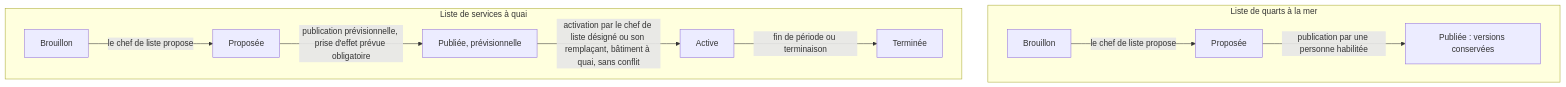
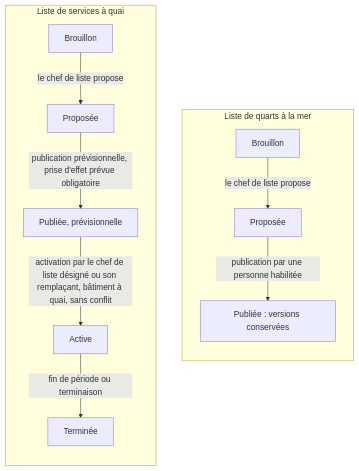
Before and after one commit to Mattrix2211/Matrix: the diagram in docs/dossier-technique/schemas/src/S15_cycle_listes.mmd, drawn with Mermaid. The commit also changed 68 other files, not shown here.

```diff
--- a/docs/dossier-technique/schemas/src/S15_cycle_listes.mmd
+++ b/docs/dossier-technique/schemas/src/S15_cycle_listes.mmd
@@ -1,11 +1,13 @@
 flowchart TB
   subgraph QM["Liste de quarts à la mer"]
+    direction TB
     Q1["Brouillon"] -->|"le chef de liste propose"| Q2["Proposée"]
     Q2 -->|"publication par une personne habilitée"| Q3["Publiée : versions conservées"]
   end
   subgraph QA["Liste de services à quai"]
+    direction TB
     G1["Brouillon"] -->|"le chef de liste propose"| G2["Proposée"]
     G2 -->|"publication prévisionnelle, prise d'effet prévue obligatoire"| G3["Publiée, prévisionnelle"]
     G3 -->|"activation par le chef de liste désigné ou son remplaçant, bâtiment à quai, sans conflit"| G4["Active"]
     G4 -->|"fin de période ou terminaison"| G5["Terminée"]
   end
```
